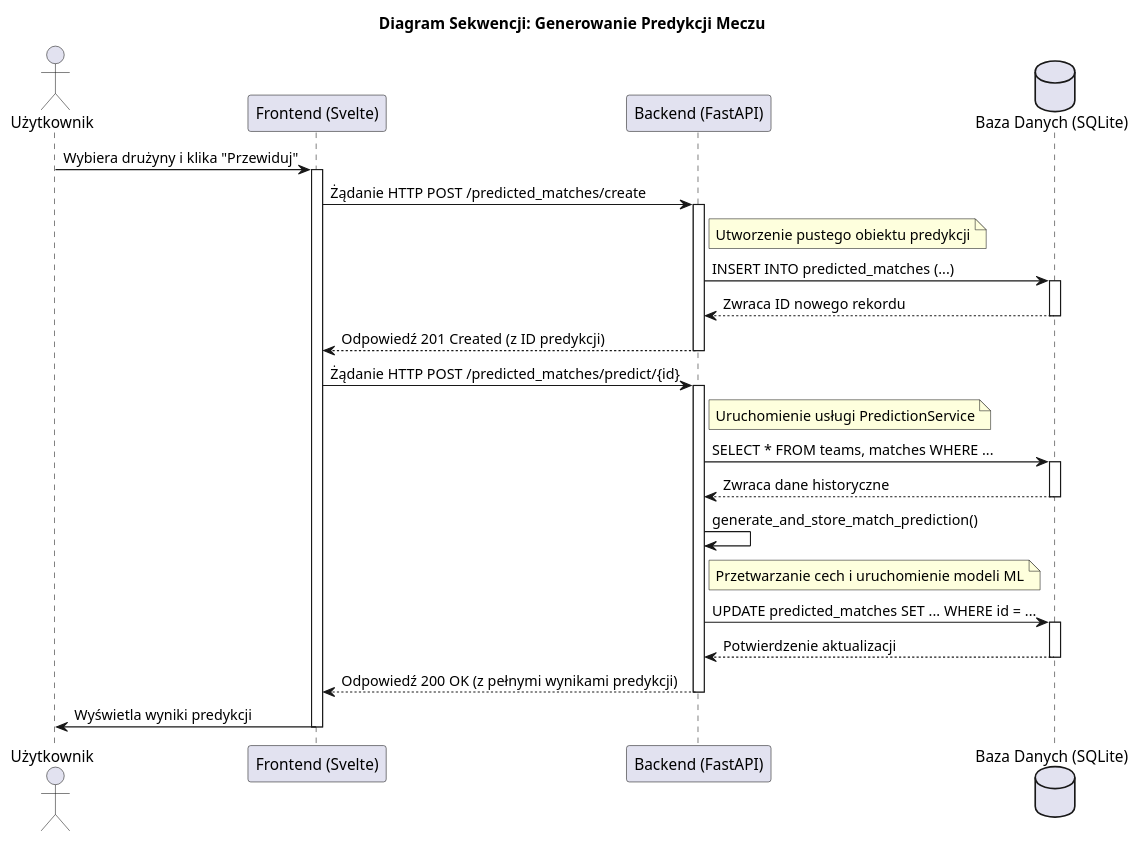
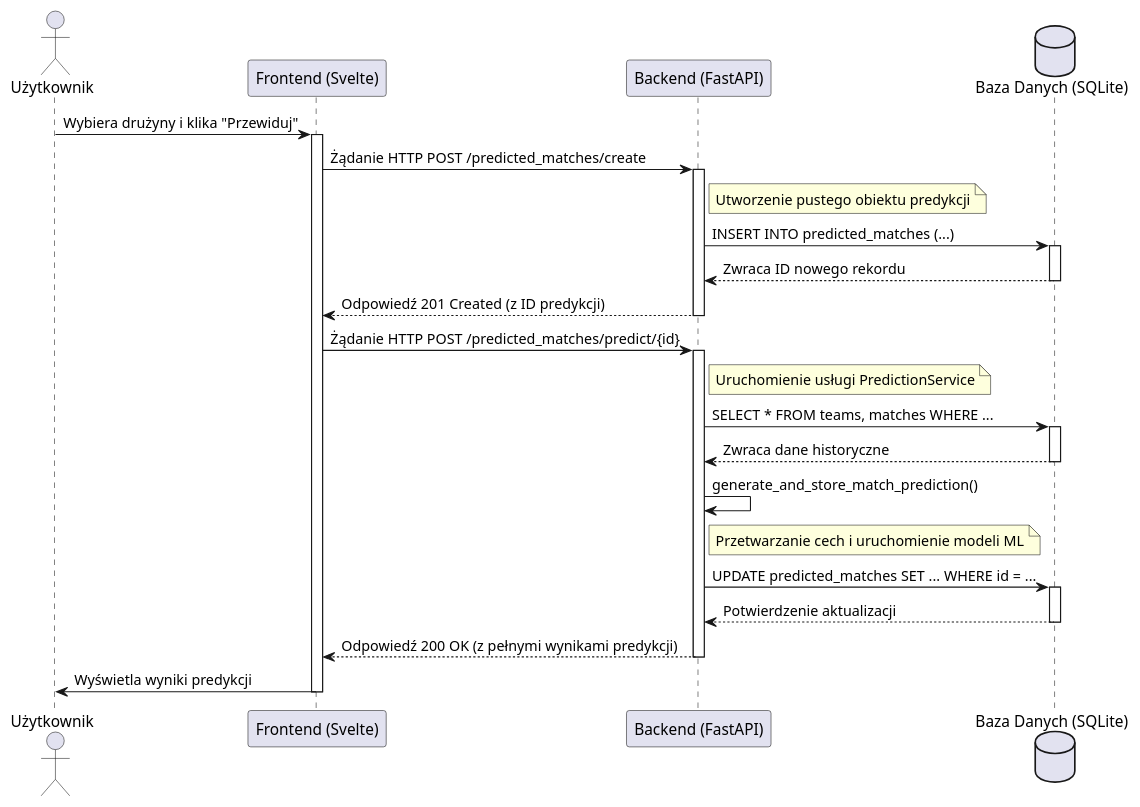
The diagram in diagram_sekwencji.puml (Ziomidlo/AI-powered-match-predictor), drawn with PlantUML before and after one commit. The commit also changed 35 other files, not shown here.

```diff
--- a/diagram_sekwencji.puml
+++ b/diagram_sekwencji.puml
@@ -1,50 +1,47 @@
 @startuml
-title Diagram Sekwencji: Generowanie Predykcji Meczu
 
-' Definicja uczestników interakcji
 actor "Użytkownik" as user
 participant "Frontend (Svelte)" as frontend
 participant "Backend (FastAPI)" as backend
 database "Baza Danych (SQLite)" as db
 
-' Sekwencja zdarzeń
 
 user -> frontend: Wybiera drużyny i klika "Przewiduj"
 activate frontend
 
 frontend -> backend: Żądanie HTTP POST /predicted_matches/create
 activate backend
 note right of backend: Utworzenie pustego obiektu predykcji
 
 backend -> db: INSERT INTO predicted_matches (...)
 activate db
 db --> backend: Zwraca ID nowego rekordu
 deactivate db
 
 backend --> frontend: Odpowiedź 201 Created (z ID predykcji)
 deactivate backend
 
 frontend -> backend: Żądanie HTTP POST /predicted_matches/predict/{id}
 activate backend
 note right of backend: Uruchomienie usługi PredictionService
 
 backend -> db: SELECT * FROM teams, matches WHERE ...
 activate db
 db --> backend: Zwraca dane historyczne
 deactivate db
 
 backend -> backend: generate_and_store_match_prediction()
 note right of backend: Przetwarzanie cech i uruchomienie modeli ML
 
 backend -> db: UPDATE predicted_matches SET ... WHERE id = ...
 activate db
 db --> backend: Potwierdzenie aktualizacji
 deactivate db
 
 backend --> frontend: Odpowiedź 200 OK (z pełnymi wynikami predykcji)
 deactivate backend
 
 frontend -> user: Wyświetla wyniki predykcji
 deactivate frontend
 
 @enduml
```
